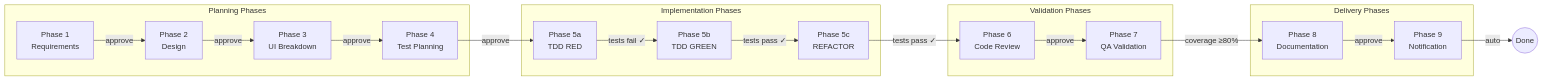
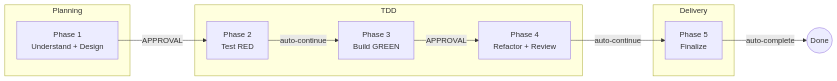
One commit to nguyenthienthanh/aura-frog changed the fourth of 20 diagrams in aura-frog/docs/WORKFLOW_DIAGRAMS.md. Above: the diagram before and after it, drawn with Mermaid. The commit also changed other lines of this file and 123 other files, not shown here.

First line of the commit message:
Consolidate 9-phase workflow into 5 phases and add requirement challenger

````diff
--- a/aura-frog/docs/WORKFLOW_DIAGRAMS.md
+++ b/aura-frog/docs/WORKFLOW_DIAGRAMS.md
@@ -243,37 +212,22 @@
 ```mermaid
 graph LR
-    subgraph "Planning Phases"
-        P1[Phase 1<br/>Requirements]
-        P2[Phase 2<br/>Design]
-        P3[Phase 3<br/>UI Breakdown]
-        P4[Phase 4<br/>Test Planning]
+    subgraph "Planning"
+        P1[Phase 1<br/>Understand + Design]
     end
 
-    subgraph "Implementation Phases"
-        P5A[Phase 5a<br/>TDD RED]
-        P5B[Phase 5b<br/>TDD GREEN]
-        P5C[Phase 5c<br/>REFACTOR]
+    subgraph "TDD"
+        P2[Phase 2<br/>Test RED]
+        P3[Phase 3<br/>Build GREEN]
+        P4[Phase 4<br/>Refactor + Review]
     end
 
-    subgraph "Validation Phases"
-        P6[Phase 6<br/>Code Review]
-        P7[Phase 7<br/>QA Validation]
+    subgraph "Delivery"
+        P5[Phase 5<br/>Finalize]
     end
 
-    subgraph "Delivery Phases"
-        P8[Phase 8<br/>Documentation]
-        P9[Phase 9<br/>Notification]
-    end
-
-    P1 -->|approve| P2
-    P2 -->|approve| P3
-    P3 -->|approve| P4
-    P4 -->|approve| P5A
-    P5A -->|tests fail ✓| P5B
-    P5B -->|tests pass ✓| P5C
-    P5C -->|tests pass ✓| P6
-    P6 -->|approve| P7
-    P7 -->|coverage ≥80%| P8
-    P8 -->|approve| P9
-    P9 -->|auto| DONE((Done))
+    P1 -->|"APPROVAL"| P2
+    P2 -->|"auto-continue"| P3
+    P3 -->|"APPROVAL"| P4
+    P4 -->|"auto-continue"| P5
+    P5 -->|"auto-complete"| DONE((Done))
 ```
````
